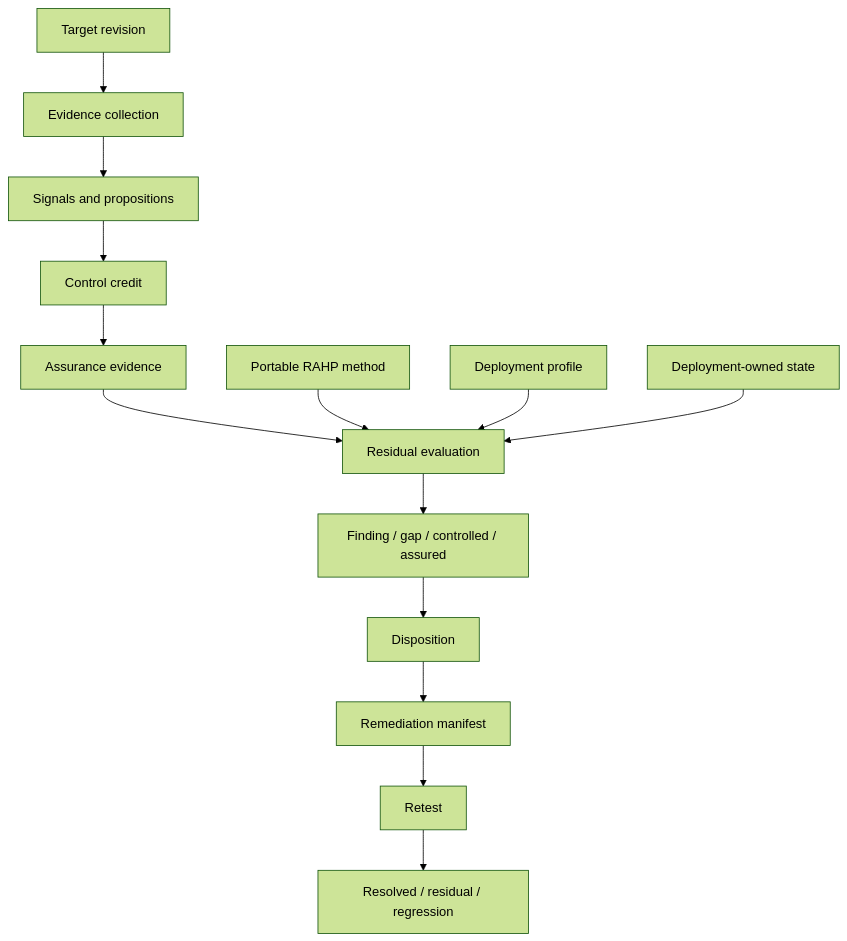
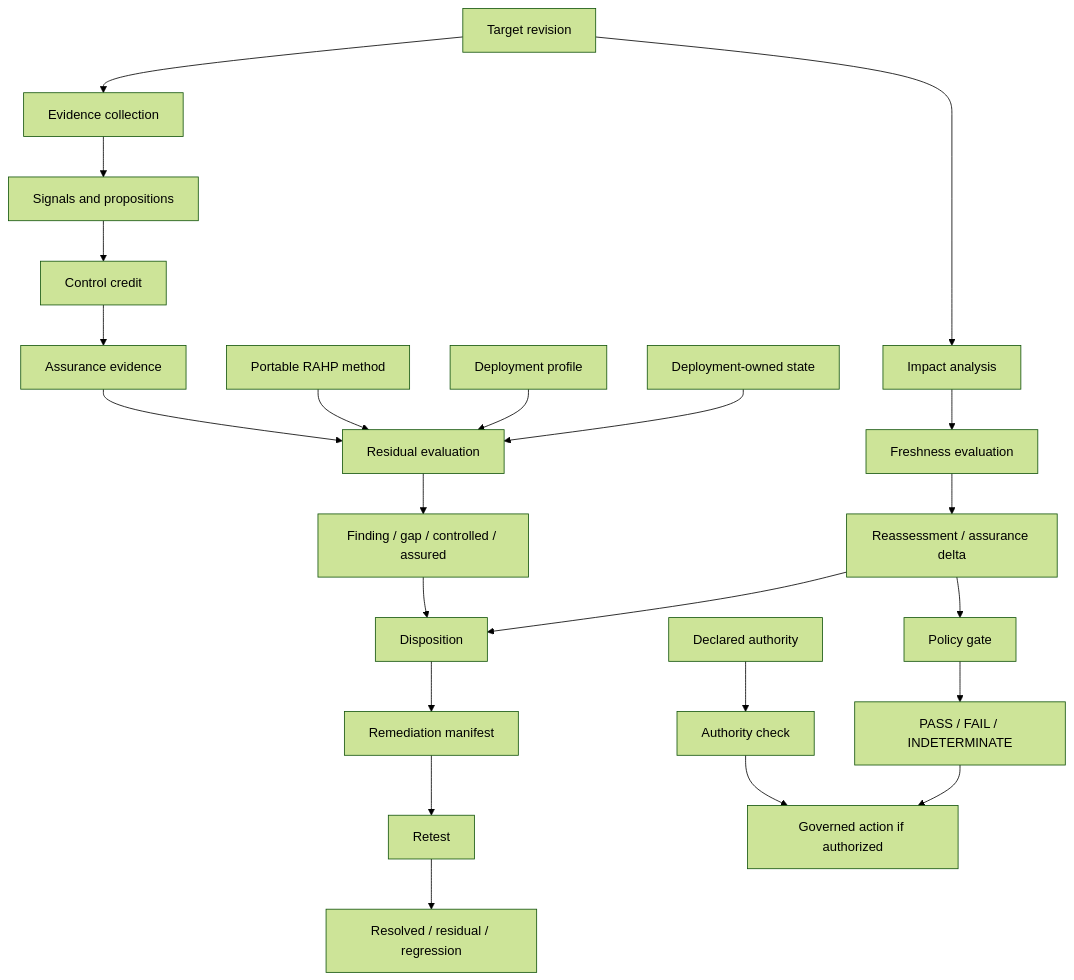
One commit to sankarshanmukhopadhyay/dtgwg-rahp-tf changed the diagram in README.md. Above: the diagram before and after it, drawn with Mermaid (forest theme). The commit also changed other lines of this file, not shown here.

Commit message:
docs: synchronize README with v1.5 governed assurance capabilities

````diff
--- a/README.md
+++ b/README.md
@@ -121,17 +130,27 @@
 ```mermaid
 flowchart TB
   A[Target revision] --> B[Evidence collection]
   B --> C[Signals and propositions]
   C --> D[Control credit]
   D --> E[Assurance evidence]
   E --> F[Residual evaluation]
   F --> G[Finding / gap / controlled / assured]
   G --> H[Disposition]
   H --> I[Remediation manifest]
   I --> J[Retest]
   J --> K[Resolved / residual / regression]
 
-  M[Portable RAHP method] --> F
-  P[Deployment profile] --> F
-  X[Deployment-owned state] --> F
+  A --> L[Impact analysis]
+  L --> M[Freshness evaluation]
+  M --> N[Reassessment / assurance delta]
+  N --> H
+  N --> O[Policy gate]
+  P[Declared authority] --> Q[Authority check]
+  O --> R[PASS / FAIL / INDETERMINATE]
+  Q --> S[Governed action if authorized]
+  R --> S
+
+  T[Portable RAHP method] --> F
+  U[Deployment profile] --> F
+  V[Deployment-owned state] --> F
 ```
````
